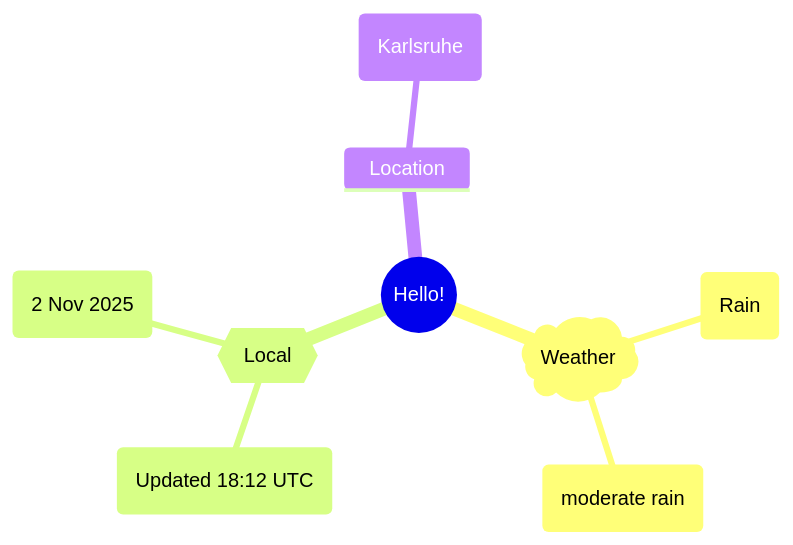
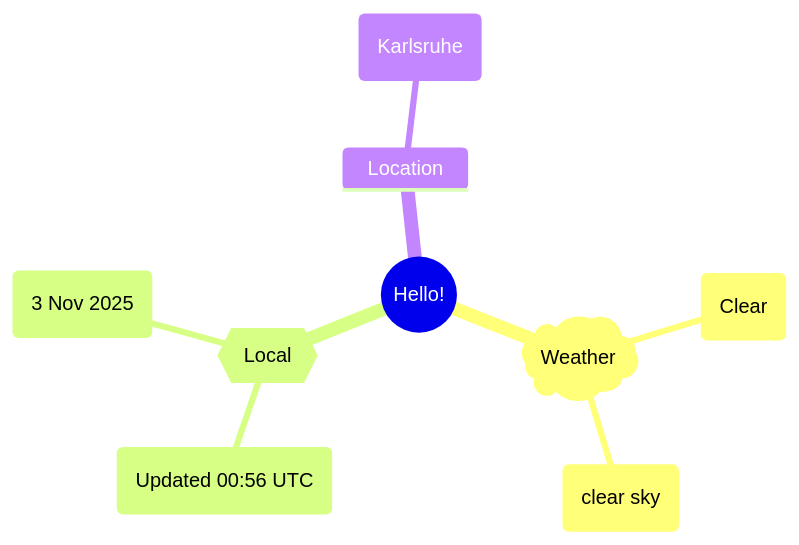
Before and after one commit to Xosrov/Xosrov: the first of 2 diagrams in README.md, drawn with Mermaid.

Commit message:
[bot] updated images

````diff
--- a/README.md
+++ b/README.md
@@ -3,12 +3,12 @@
 ```mermaid
 mindmap
   root((Hello!))
     )Weather(
-        (Rain)
-        (moderate rain)
+        (Clear)
+        (clear sky)
     {{Local}}
-        (Updated 18:12 UTC)
-        (2 Nov 2025)
+        (Updated 00:56 UTC)
+        (3 Nov 2025)
     Location
         (Karlsruhe)
 ```
````
